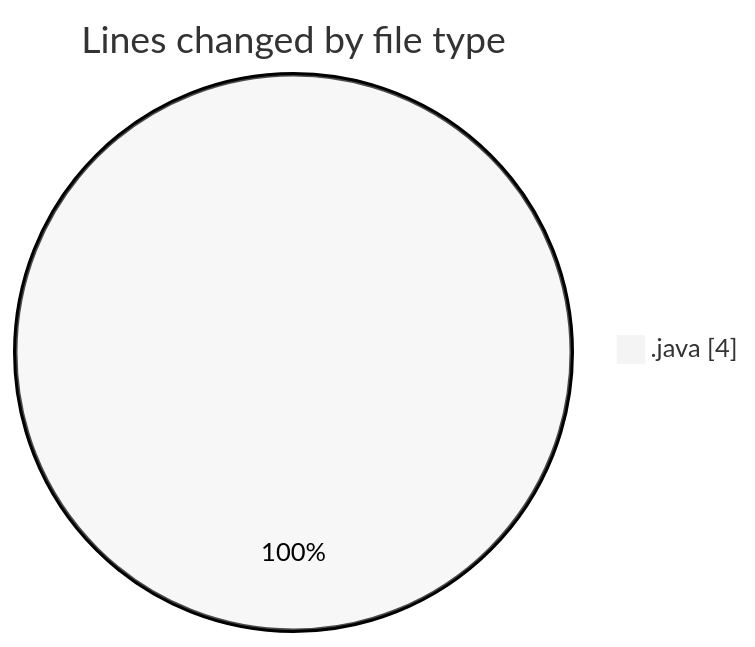
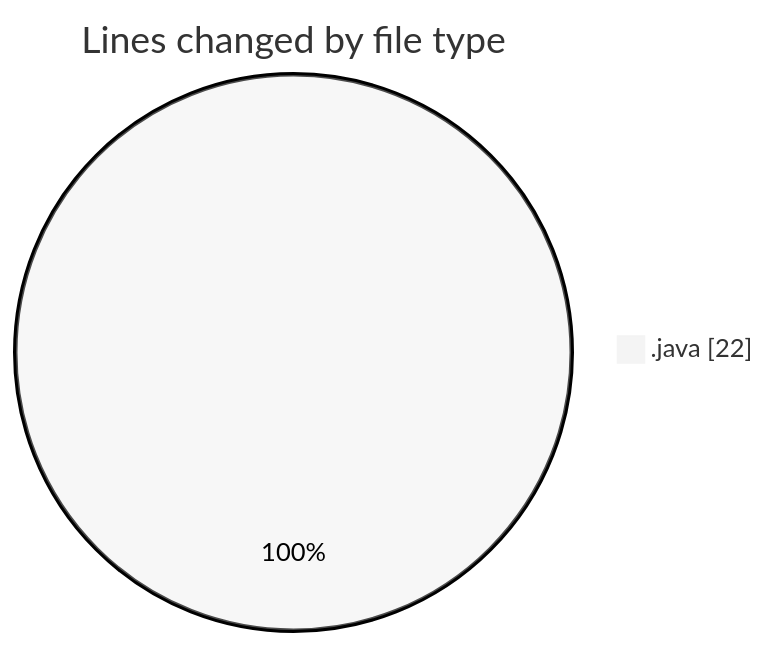
One commit to NitaiMahat/code-tracking changed the first of 2 diagrams in 2025-02-22/coding_prac_7/README.md. Above: the diagram before and after it, drawn with Mermaid (neutral theme). The commit also changed other lines of this file and 1 other file, not shown here.

````diff
--- a/2025-02-22/coding_prac_7/README.md
+++ b/2025-02-22/coding_prac_7/README.md
@@ -20,5 +20,5 @@
 ```mermaid
 pie showData
 title Lines changed by file type
-".java" : 4
+".java" : 22
 ```
````
